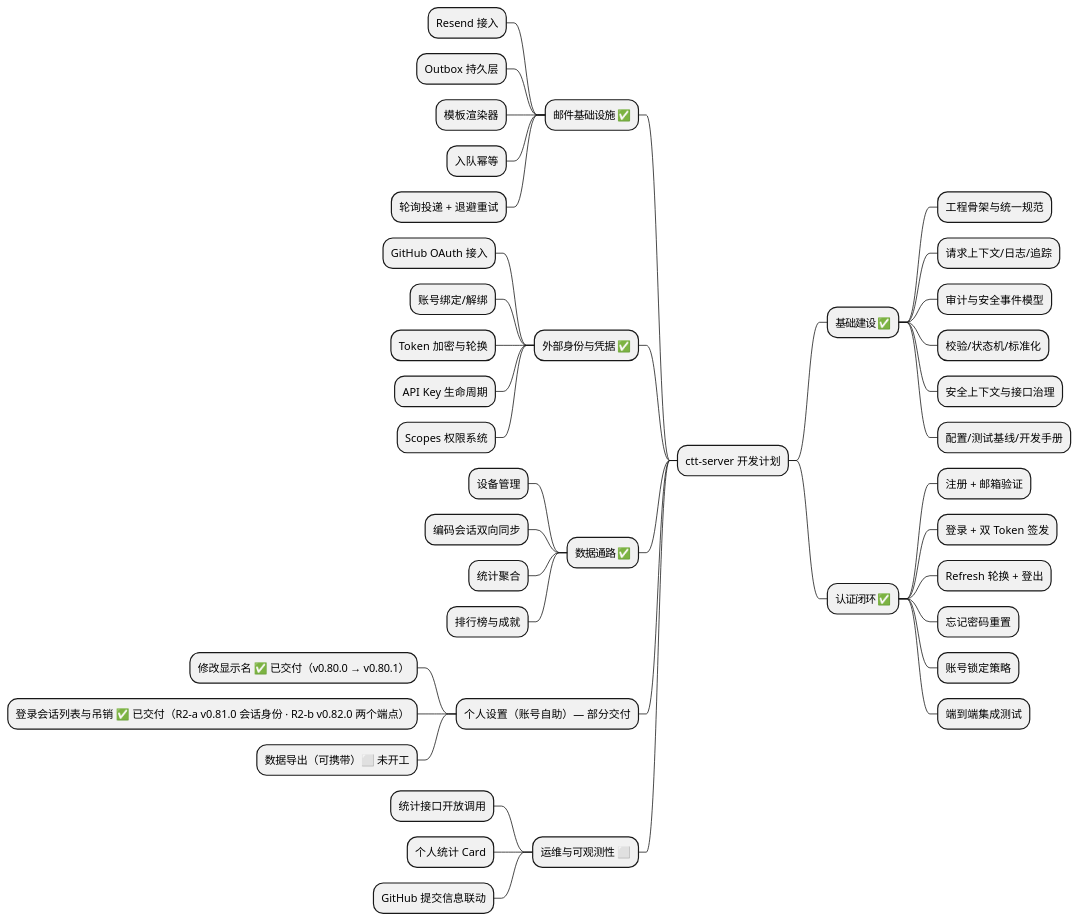
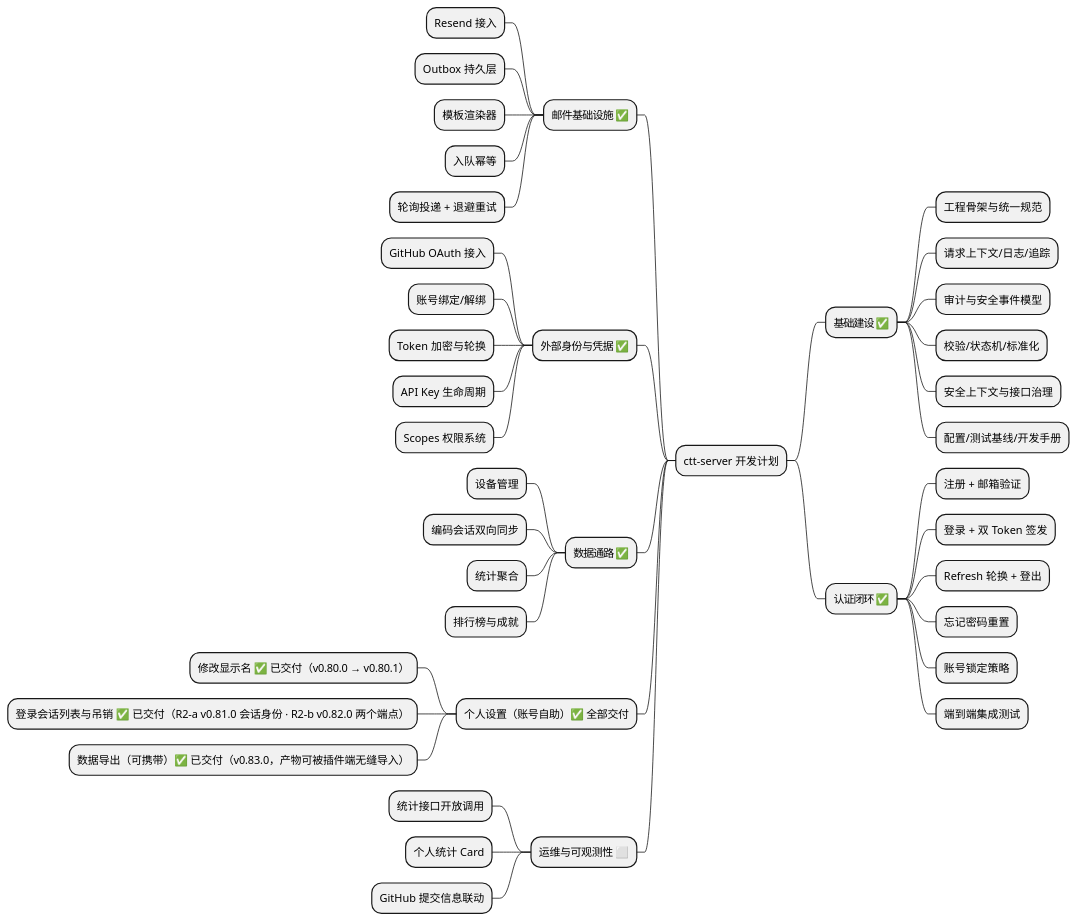
One commit to AhogeK/ctt-server changed the first of 7 diagrams in .plans/ctt-server-development-plan.md. Above: the diagram before and after it, drawn with PlantUML. The commit also changed other lines of this file and 4 other files, not shown here.

````diff
--- a/.plans/ctt-server-development-plan.md
+++ b/.plans/ctt-server-development-plan.md
@@ -13,46 +13,46 @@
 ```plantuml
 @startmindmap
 * ctt-server 开发计划
 ** 基础建设 ✅
 *** 工程骨架与统一规范
 *** 请求上下文/日志/追踪
 *** 审计与安全事件模型
 *** 校验/状态机/标准化
 *** 安全上下文与接口治理
 *** 配置/测试基线/开发手册
 ** 认证闭环 ✅
 *** 注册 + 邮箱验证
 *** 登录 + 双 Token 签发
 *** Refresh 轮换 + 登出
 *** 忘记密码重置
 *** 账号锁定策略
 *** 端到端集成测试
 
 left side
 ** 邮件基础设施 ✅
 *** Resend 接入
 *** Outbox 持久层
 *** 模板渲染器
 *** 入队幂等
 *** 轮询投递 + 退避重试
 ** 外部身份与凭据 ✅
 *** GitHub OAuth 接入
 *** 账号绑定/解绑
 *** Token 加密与轮换
 *** API Key 生命周期
 *** Scopes 权限系统
 ** 数据通路 ✅
 *** 设备管理
 *** 编码会话双向同步
 *** 统计聚合
 *** 排行榜与成就
-** 个人设置（账号自助）— 部分交付
+** 个人设置（账号自助）✅ 全部交付
 *** 修改显示名 ✅ 已交付（v0.80.0 → v0.80.1）
 *** 登录会话列表与吊销 ✅ 已交付（R2-a v0.81.0 会话身份 · R2-b v0.82.0 两个端点）
-*** 数据导出（可携带）⬜ 未开工
+*** 数据导出（可携带）✅ 已交付（v0.83.0，产物可被插件端无缝导入）
 ** 运维与可观测性 ⬜
 *** 统计接口开放调用
 *** 个人统计 Card
 *** GitHub 提交信息联动
 @endmindmap
 ```
````
